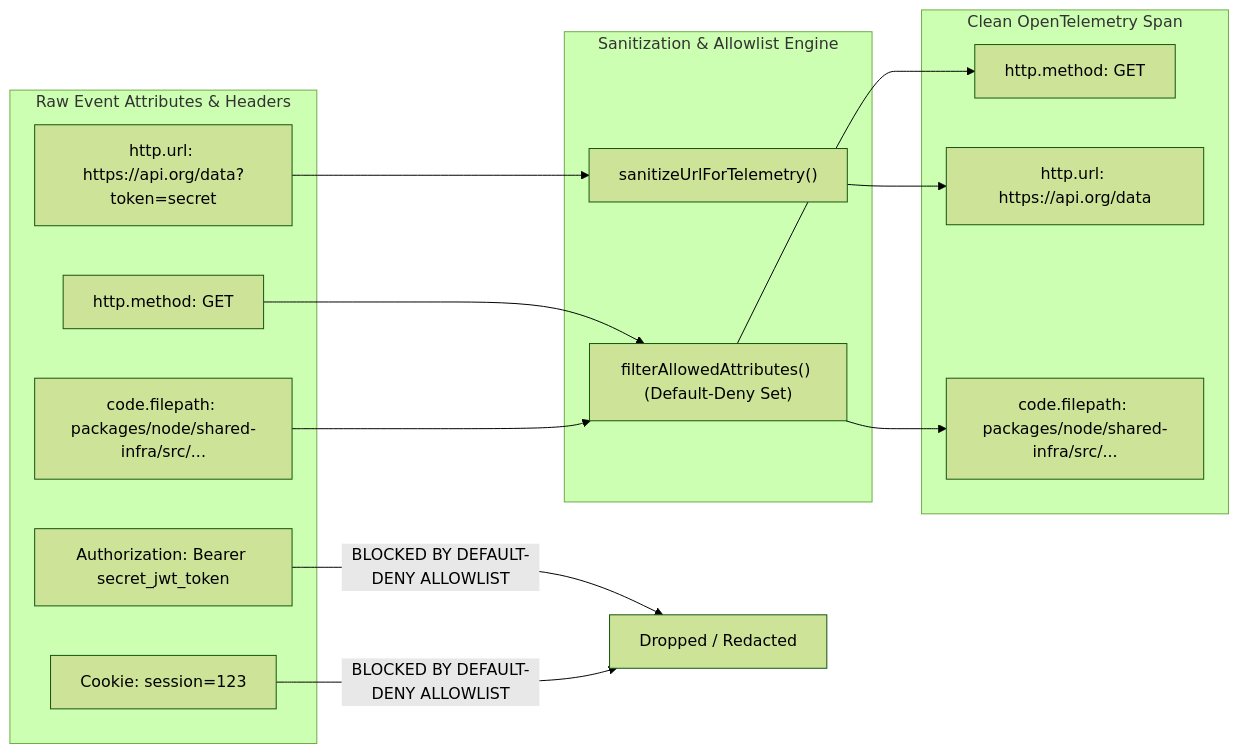
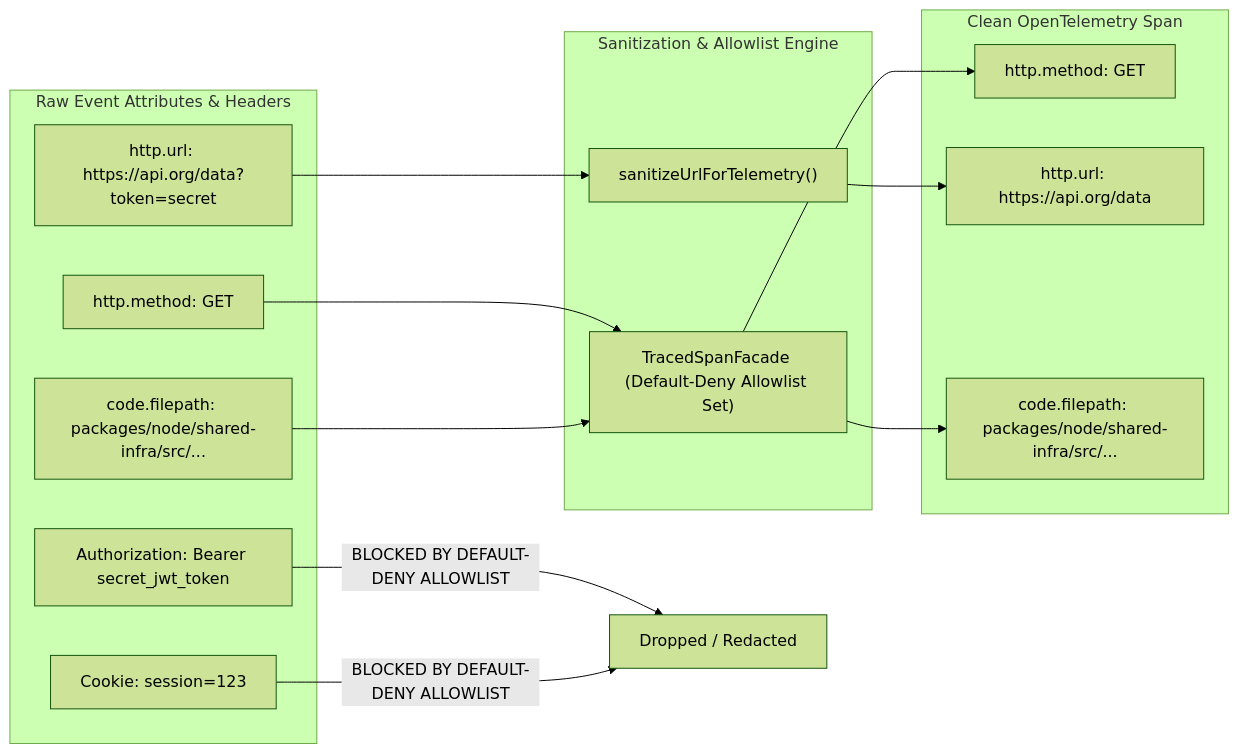
One commit to Chief-Strategist-J/llm-observability-platform changed the second of 3 diagrams in packages/node/shared-infra/docs/adr/0001-scalable-resilient-telemetry-http-pipeline.md. Above: the diagram before and after it, drawn with Mermaid (forest theme). The commit also changed other lines of this file and 4 other files, not shown here.

Commit message:
feat(security): refactor RequestContextHolder to AsyncLocalStorage, add real-time streaming byte limit, DNS IP SSRF validation, Bounded LRU circuit breaker, write cache invalidation, TracedSpanFacade allowlist filter, TenantRateLimiter, and update ADR 0001

````diff
--- a/packages/node/shared-infra/docs/adr/0001-scalable-resilient-telemetry-http-pipeline.md
+++ b/packages/node/shared-infra/docs/adr/0001-scalable-resilient-telemetry-http-pipeline.md
@@ -285,25 +141,25 @@
 ```mermaid
 graph LR
   subgraph RawTelemetry ["Raw Event Attributes & Headers"]
     A1["http.method: GET"]
     A2["Authorization: Bearer secret_jwt_token"]
     A3["Cookie: session=123"]
     A4["code.filepath: packages/node/shared-infra/src/..."]
     A5["http.url: https://api.org/data?token=secret"]
   end
 
   subgraph TelemetryFilter ["Sanitization & Allowlist Engine"]
     URLFilter["sanitizeUrlForTelemetry()"]
-    AllowlistFilter["filterAllowedAttributes() (Default-Deny Set)"]
+    SpanFacade["TracedSpanFacade (Default-Deny Allowlist Set)"]
   end
 
   subgraph ExportedSpan ["Clean OpenTelemetry Span"]
     S1["http.method: GET"]
     S2["http.url: https://api.org/data"]
     S3["code.filepath: packages/node/shared-infra/src/..."]
   end
 
   A5 --> URLFilter --> S2
-  A1 & A4 --> AllowlistFilter --> S1 & S3
+  A1 & A4 --> SpanFacade --> S1 & S3
   A2 & A3 -->|"BLOCKED BY DEFAULT-DENY ALLOWLIST"| Drop["Dropped / Redacted"]
 ```
````
